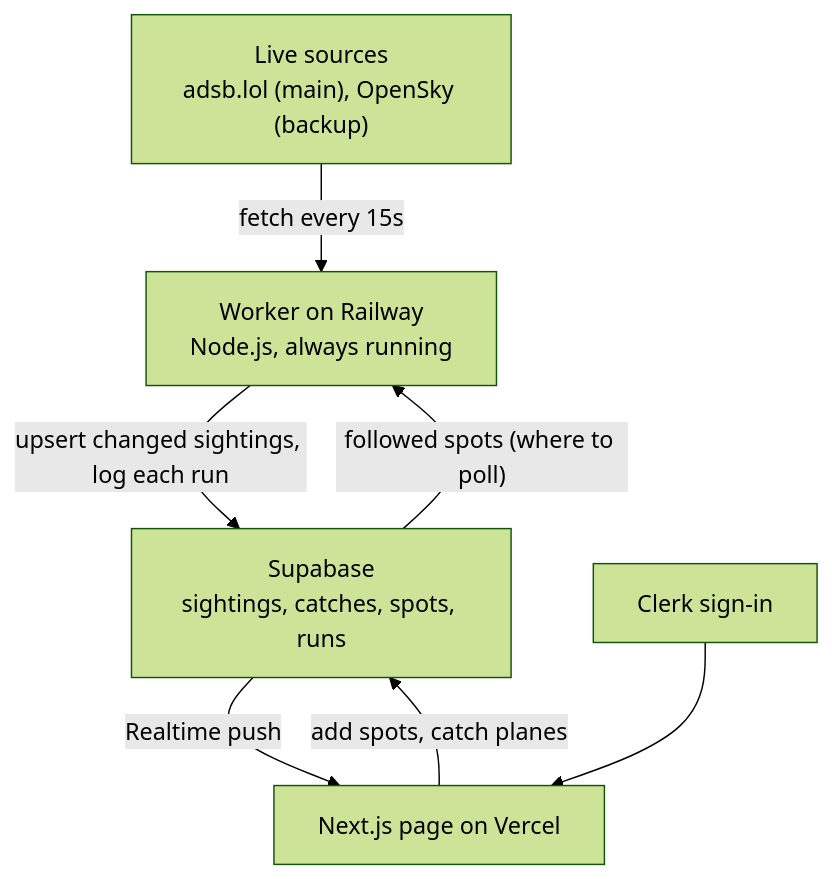
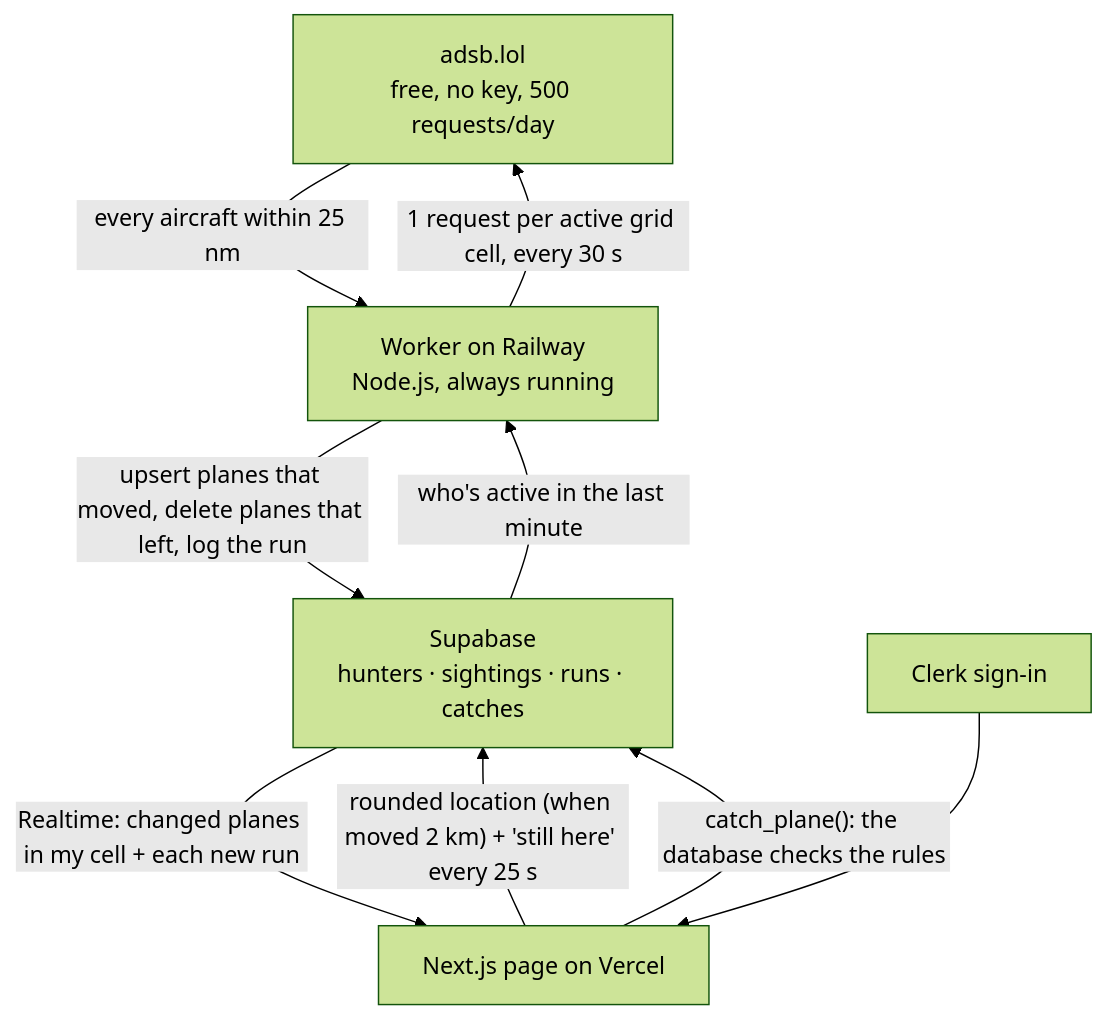
One commit to neilpandya01/hw5-dbs changed the diagram in docs/data-flow.md. Above: the diagram before and after it, drawn with Mermaid (forest theme). The commit also changed other lines of this file and 3 other files, not shown here.

````diff
--- a/docs/data-flow.md
+++ b/docs/data-flow.md
@@ -7,15 +9,17 @@
 ```mermaid
 flowchart TD
-  SRC["Live sources<br/>adsb.lol (main), OpenSky (backup)"]
+  SRC["adsb.lol<br/>free, no key, 500 requests/day"]
   W["Worker on Railway<br/>Node.js, always running"]
-  DB["Supabase<br/>sightings, catches, spots, runs"]
+  DB["Supabase<br/>hunters · sightings · runs · catches"]
   PAGE["Next.js page on Vercel"]
   CLERK["Clerk sign-in"]
 
-  SRC -- "fetch every 15s" --> W
-  W -- "upsert changed sightings, log each run" --> DB
-  DB -- "Realtime push" --> PAGE
+  PAGE -- "rounded location (when moved 2 km) + 'still here' every 25 s" --> DB
+  DB -- "who's active in the last minute" --> W
+  W -- "1 request per active grid cell, every 30 s" --> SRC
+  SRC -- "every aircraft within 25 nm" --> W
+  W -- "upsert planes that moved, delete planes that left, log the run" --> DB
+  DB -- "Realtime: changed planes in my cell + each new run" --> PAGE
   CLERK --> PAGE
-  PAGE -- "add spots, catch planes" --> DB
-  DB -- "followed spots (where to poll)" --> W
+  PAGE -- "catch_plane(): the database checks the rules" --> DB
 ```
````
